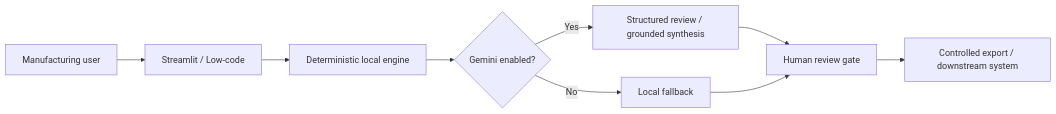
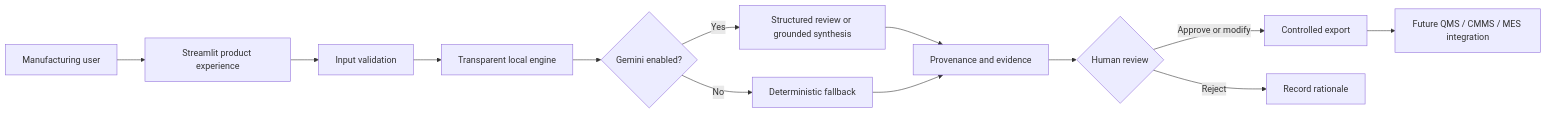
The diagram in README.md (vikasvindushri/manufacturing-ai-portfolio), drawn with Mermaid before and after one commit. The commit also changed other lines of this file and 16 other files, not shown here.

````diff
--- a/README.md
+++ b/README.md
@@ -45,11 +46,15 @@
 ```mermaid
 flowchart LR
- U[Manufacturing user] --> UI[Streamlit / Low-code]
- UI --> L[Deterministic local engine]
- L --> G{Gemini enabled?}
- G -->|Yes| AI[Structured review / grounded synthesis]
- G -->|No| F[Local fallback]
- AI --> H[Human review gate]
- F --> H
- H --> E[Controlled export / downstream system]
+  U[Manufacturing user] --> UX[Streamlit product experience]
+  UX --> V[Input validation]
+  V --> L[Transparent local engine]
+  L --> G{Gemini enabled?}
+  G -->|Yes| AI[Structured review or grounded synthesis]
+  G -->|No| F[Deterministic fallback]
+  AI --> P[Provenance and evidence]
+  F --> P
+  P --> H{Human review}
+  H -->|Approve or modify| E[Controlled export]
+  H -->|Reject| R[Record rationale]
+  E --> I[Future QMS / CMMS / MES integration]
 ```
````
